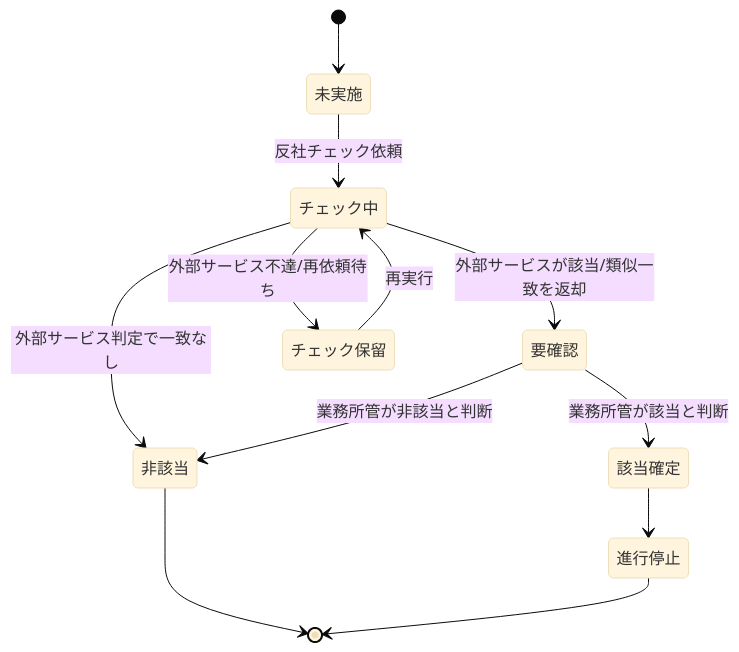
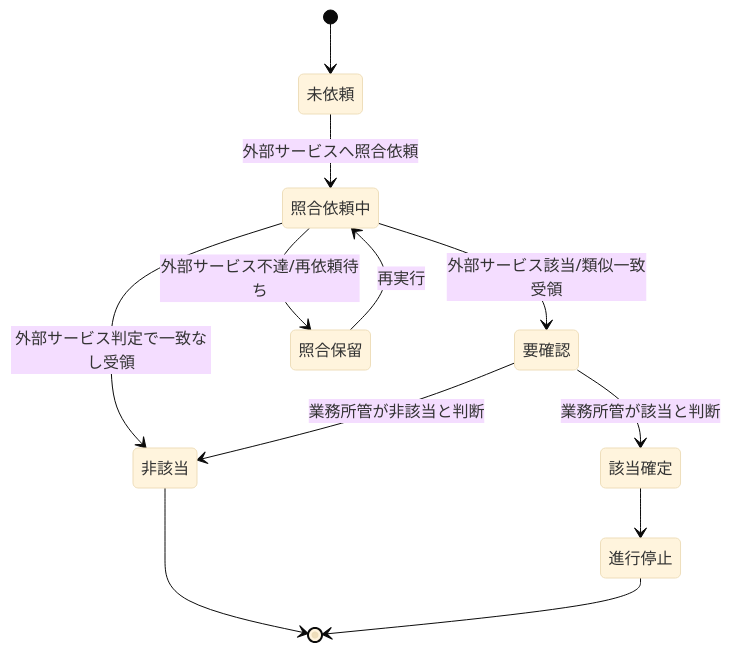
One commit to Acceler-Digital/karura-sample-artifacts-individual-life-insurance-new-business changed the diagram in docs/D1.business-requirements/domain-requirements/anti-social-forces-requirement-document.md. Above: the diagram before and after it, drawn with Mermaid (base theme). The commit also changed other lines of this file and 17 other files, not shown here.

````diff
--- a/docs/D1.business-requirements/domain-requirements/anti-social-forces-requirement-document.md
+++ b/docs/D1.business-requirements/domain-requirements/anti-social-forces-requirement-document.md
@@ -35,14 +46,14 @@
 ```mermaid
 stateDiagram-v2
-    [*] --> 未実施
-    未実施 --> チェック中: 反社チェック依頼
-    チェック中 --> 非該当: 外部サービス判定で一致なし
-    チェック中 --> 要確認: 外部サービスが該当/類似一致を返却
-    チェック中 --> チェック保留: 外部サービス不達/再依頼待ち
-    チェック保留 --> チェック中: 再実行
+    [*] --> 未依頼
+    未依頼 --> 照合依頼中: 外部サービスへ照合依頼
+    照合依頼中 --> 非該当: 外部サービス判定で一致なし受領
+    照合依頼中 --> 要確認: 外部サービス該当/類似一致受領
+    照合依頼中 --> 照合保留: 外部サービス不達/再依頼待ち
+    照合保留 --> 照合依頼中: 再実行
     要確認 --> 非該当: 業務所管が非該当と判断
     要確認 --> 該当確定: 業務所管が該当と判断
     非該当 --> [*]
     該当確定 --> 進行停止
     進行停止 --> [*]
 ```
````
